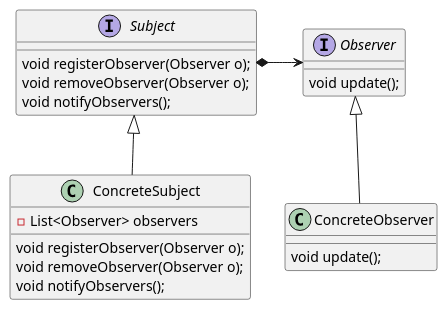
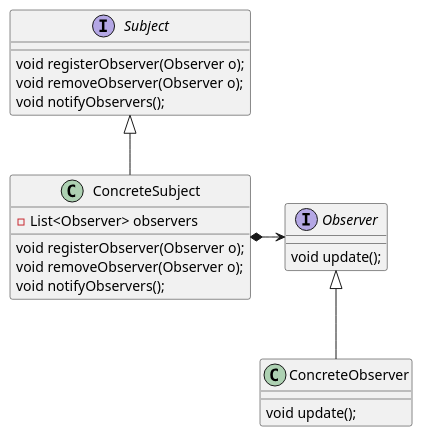
The diagram in src/behavioral/observer/observer.wsd (Cleomir/java-design-patterns), drawn with PlantUML before and after one commit. The commit also changed 1 other file, not shown here.

Commit message:
Update diagram aggregation

```diff
--- a/src/behavioral/observer/observer.wsd
+++ b/src/behavioral/observer/observer.wsd
@@ -1,27 +1,27 @@
 @startuml observer
 interface Subject {
     void registerObserver(Observer o);
     void removeObserver(Observer o);
     void notifyObservers();
 }
 
 interface Observer {
     void update();
 }
 
 class ConcreteSubject {
   - List<Observer> observers
     void registerObserver(Observer o);
     void removeObserver(Observer o);
     void notifyObservers();
 }
 
 class ConcreteObserver {
     void update();
 }
 
-Subject *-right-> Observer
 Subject <|-- ConcreteSubject
 Observer <|-- ConcreteObserver
+ConcreteSubject *-right-> Observer
 
 @enduml
```
